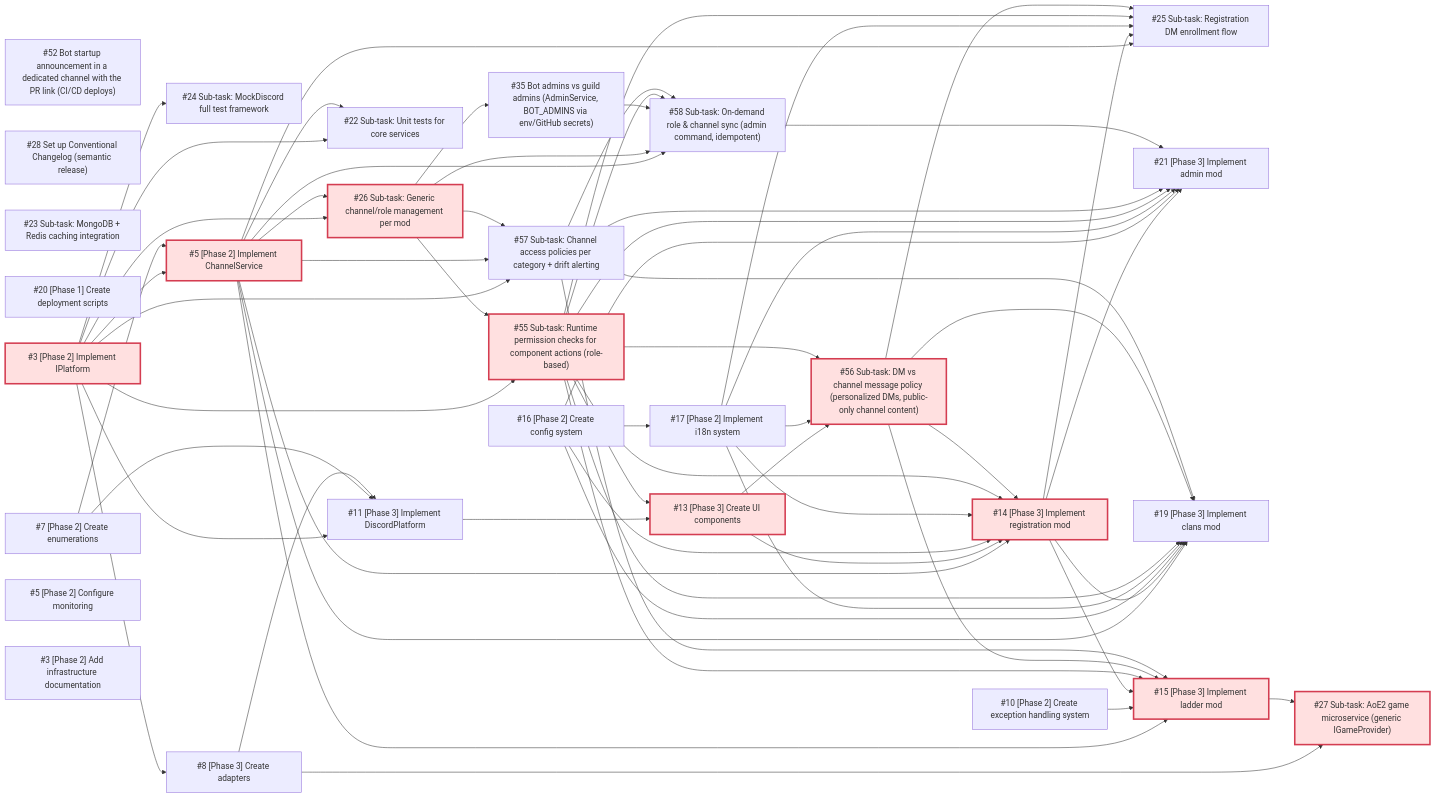
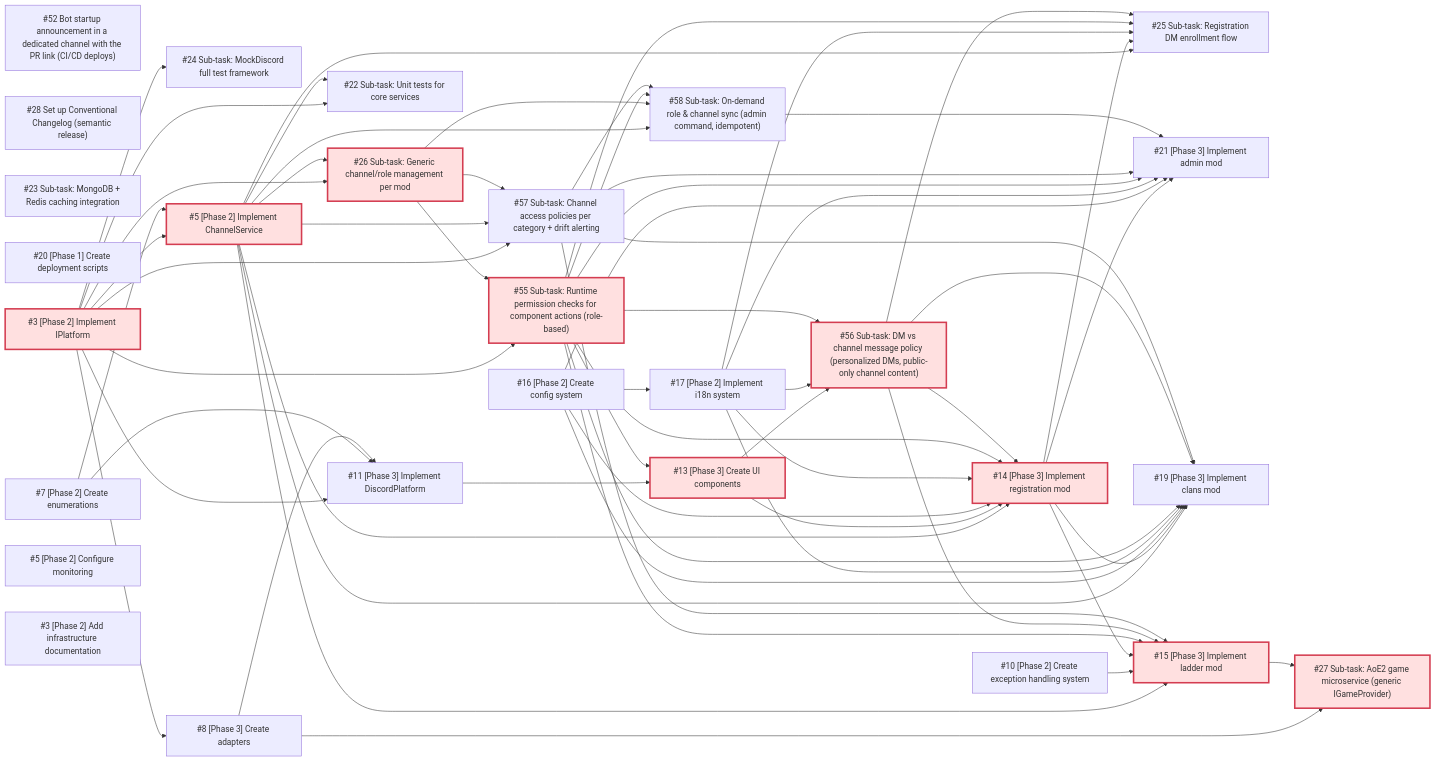
The diagram in docs/DEPENDENCIES.md (merlin-pinpin-org/kingdoms), drawn with Mermaid before and after one commit. The commit also changed other lines of this file and 7 other files, not shown here.

```diff
--- a/docs/DEPENDENCIES.md
+++ b/docs/DEPENDENCIES.md
@@ -32,7 +32,6 @@
     ks_56["#56 Sub-task: DM vs channel message policy (personalized DMs, public-only channel content)"]
     ks_55["#55 Sub-task: Runtime permission checks for component actions (role-based)"]
     ks_52["#52 Bot startup announcement in a dedicated channel with the PR link (CI/CD deploys)"]
-    ks_35["#35 Bot admins vs guild admins (AdminService, BOT_ADMINS via env/GitHub secrets)"]
     ks_28["#28 Set up Conventional Changelog (semantic release)"]
     ks_27["#27 Sub-task: AoE2 game microservice (generic IGameProvider)"]
     ks_26["#26 Sub-task: Generic channel/role management per mod"]
@@ -58,7 +57,6 @@
     ki_3["#3 [Phase 2] Add infrastructure documentation"]
     ks_5 --> ks_58
     ks_26 --> ks_58
-    ks_35 --> ks_58
     ks_55 --> ks_58
     ks_57 --> ks_58
     ks_3 --> ks_57
@@ -69,7 +67,6 @@
     ks_55 --> ks_56
     ks_3 --> ks_55
     ks_26 --> ks_55
-    ks_26 --> ks_35
     ks_8 --> ks_27
     ks_15 --> ks_27
     ks_3 --> ks_26
```
